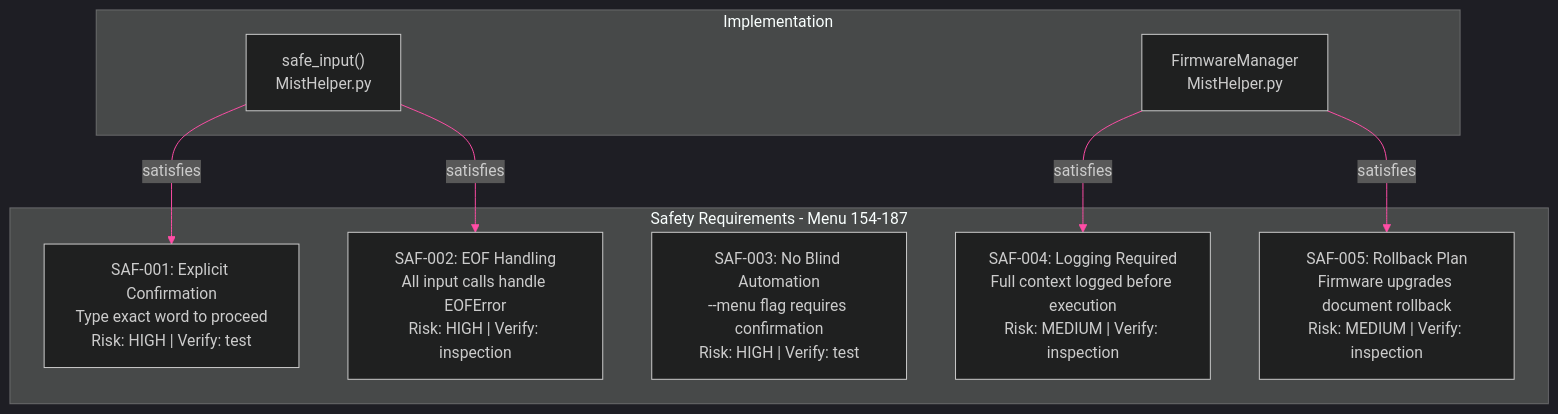
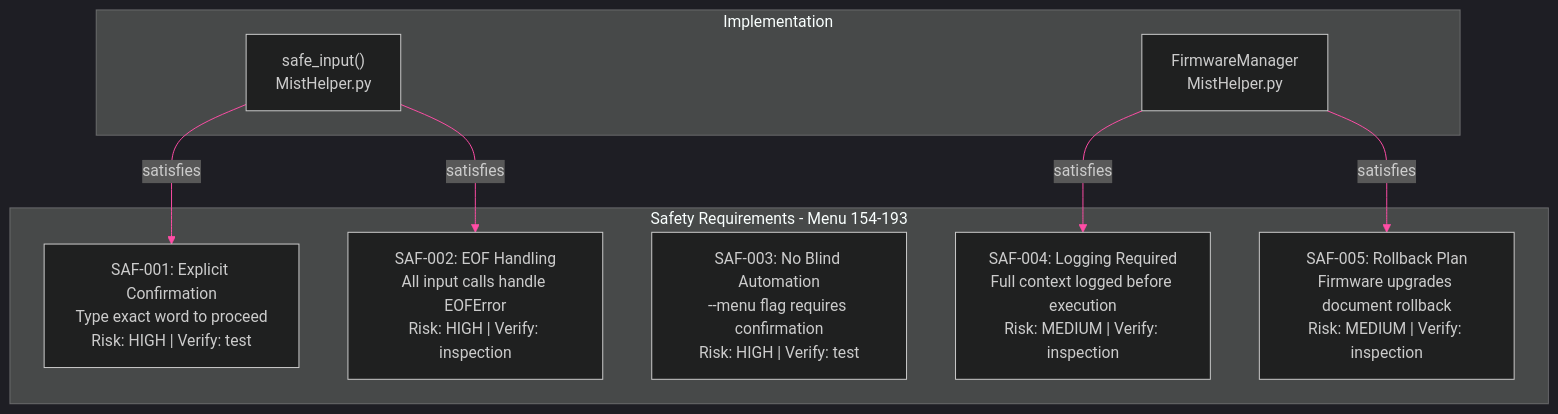
The third of 3 diagrams in documentation/diagrams/operations/operations-reference.md (jmorrison-juniper/MistHelper), drawn with Mermaid before and after one commit. The commit also changed other lines of this file and 5 other files, not shown here.

````diff
--- a/documentation/diagrams/operations/operations-reference.md
+++ b/documentation/diagrams/operations/operations-reference.md
@@ -89,29 +89,29 @@
 ```mermaid
 %%{init: {'theme': 'dark', 'themeVariables': {
   'primaryColor': '#E20074',
   'primaryTextColor': '#E0E0E0',
   'primaryBorderColor': '#99004D',
   'lineColor': '#FF4DA6',
   'secondaryColor': '#16213E',
   'tertiaryColor': '#1A1A2E',
   'fontFamily': 'ui-monospace, monospace'
 }}}%%
 flowchart TB
-    subgraph requirements["Safety Requirements - Menu 154-187"]
+    subgraph requirements["Safety Requirements - Menu 154-193"]
         SAF001["SAF-001: Explicit Confirmation<br/>Type exact word to proceed<br/>Risk: HIGH | Verify: test"]
         SAF002["SAF-002: EOF Handling<br/>All input calls handle EOFError<br/>Risk: HIGH | Verify: inspection"]
         SAF003["SAF-003: No Blind Automation<br/>--menu flag requires confirmation<br/>Risk: HIGH | Verify: test"]
         SAF004["SAF-004: Logging Required<br/>Full context logged before execution<br/>Risk: MEDIUM | Verify: inspection"]
         SAF005["SAF-005: Rollback Plan<br/>Firmware upgrades document rollback<br/>Risk: MEDIUM | Verify: inspection"]
     end
 
     subgraph impl["Implementation"]
         si["safe_input()<br/>MistHelper.py"]
         fm["FirmwareManager<br/>MistHelper.py"]
     end
 
     si -->|satisfies| SAF001
     si -->|satisfies| SAF002
     fm -->|satisfies| SAF004
     fm -->|satisfies| SAF005
 ```
````
